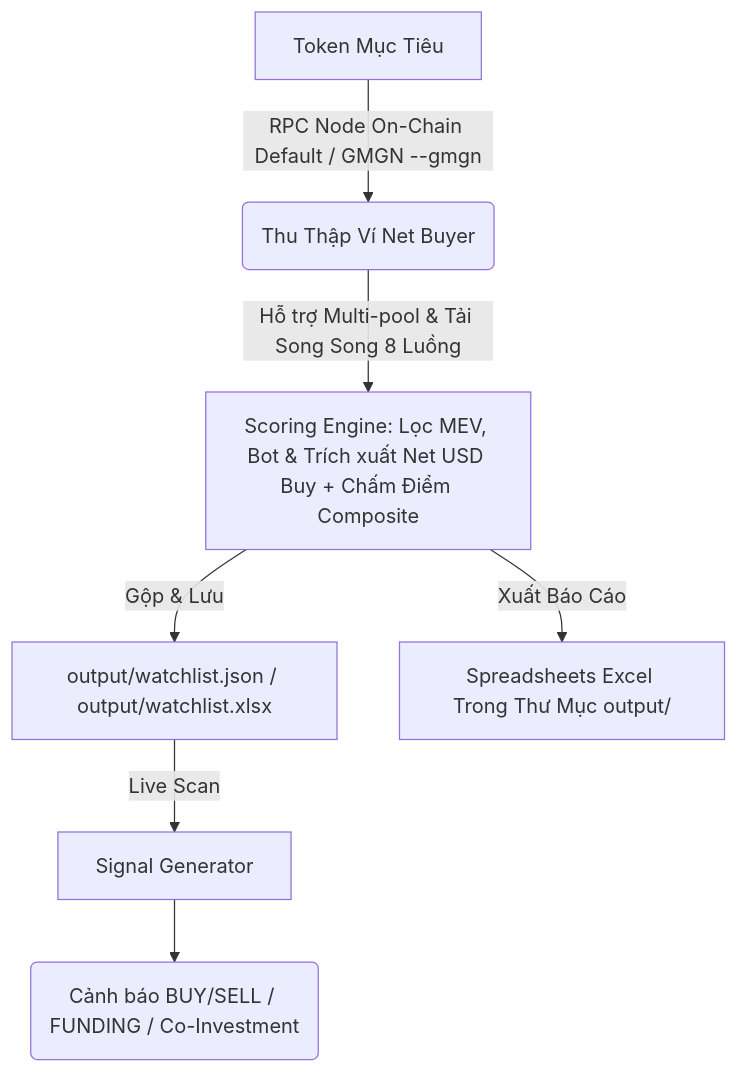
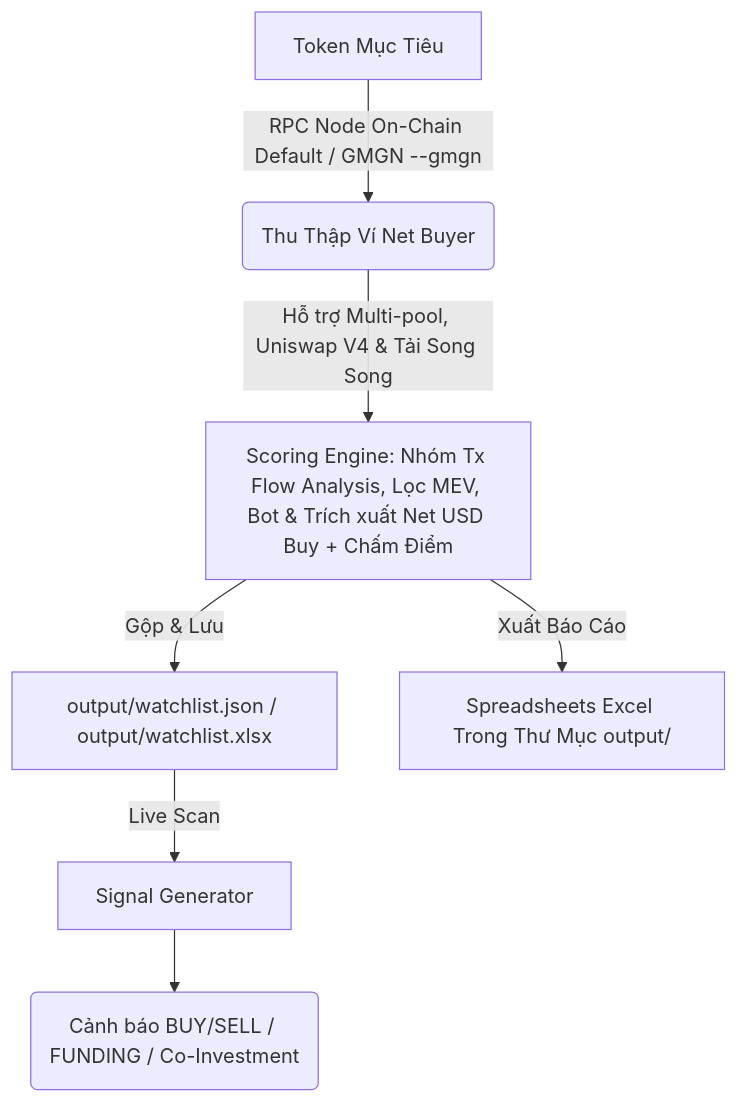
Before and after one commit to hieumile/rh-wallet-tracker-bot: the diagram in README.md, drawn with Mermaid. The commit also changed other lines of this file and 5 other files, not shown here.

Commit message:
feat: integrate Uniswap V4 PoolManager, unified routed swaps flow analysis, strict sells constraint, and robust RPC search fallback

````diff
--- a/README.md
+++ b/README.md
@@ -23,9 +27,9 @@
 ```mermaid
 graph TD
     A[Token Mục Tiêu] -->|RPC Node On-Chain Default / GMGN --gmgn| B(Thu Thập Ví Net Buyer)
-    B -->|Hỗ trợ Multi-pool & Tải Song Song 8 Luồng| C[Scoring Engine: Lọc MEV, Bot & Trích xuất Net USD Buy + Chấm Điểm Composite]
+    B -->|Hỗ trợ Multi-pool, Uniswap V4 & Tải Song Song| C[Scoring Engine: Nhóm Tx Flow Analysis, Lọc MEV, Bot & Trích xuất Net USD Buy + Chấm Điểm]
     C -->|Gộp & Lưu| D[output/watchlist.json / output/watchlist.xlsx]
     C -->|Xuất Báo Cáo| E[Spreadsheets Excel Trong Thư Mục output/]
     D -->|Live Scan| F[Signal Generator]
     F --> G(Cảnh báo BUY/SELL / FUNDING / Co-Investment)
 ```
````
